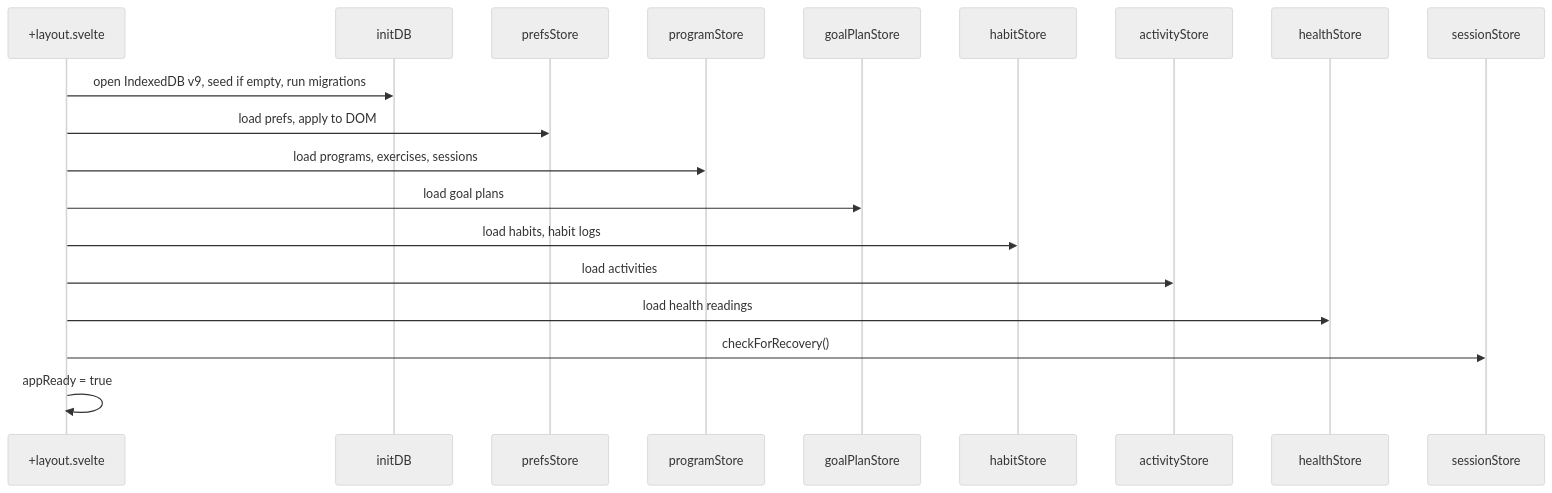
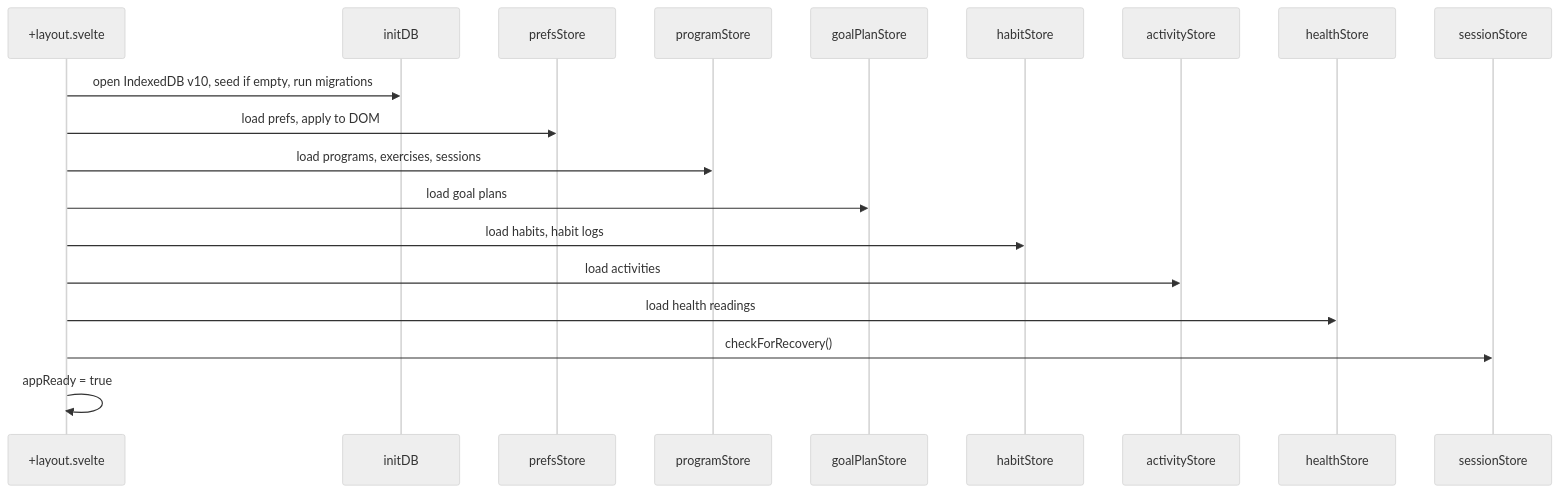
Before and after one commit to jermbo/CosmicWorkOut: the second of 2 diagrams in docs/implementation/app-structure.md, drawn with Mermaid (neutral theme). The commit also changed other lines of this file and 31 other files, not shown here.

````diff
--- a/docs/implementation/app-structure.md
+++ b/docs/implementation/app-structure.md
@@ -81,22 +83,22 @@
 ```mermaid
 sequenceDiagram
     participant L as +layout.svelte
     participant DB as initDB
     participant P as prefsStore
     participant Prog as programStore
     participant GP as goalPlanStore
     participant H as habitStore
     participant A as activityStore
     participant He as healthStore
     participant S as sessionStore
 
-    L->>DB: open IndexedDB v9, seed if empty, run migrations
+    L->>DB: open IndexedDB v10, seed if empty, run migrations
     L->>P: load prefs, apply to DOM
     L->>Prog: load programs, exercises, sessions
     L->>GP: load goal plans
     L->>H: load habits, habit logs
     L->>A: load activities
     L->>He: load health readings
     L->>S: checkForRecovery()
     L->>L: appReady = true
 ```
````
